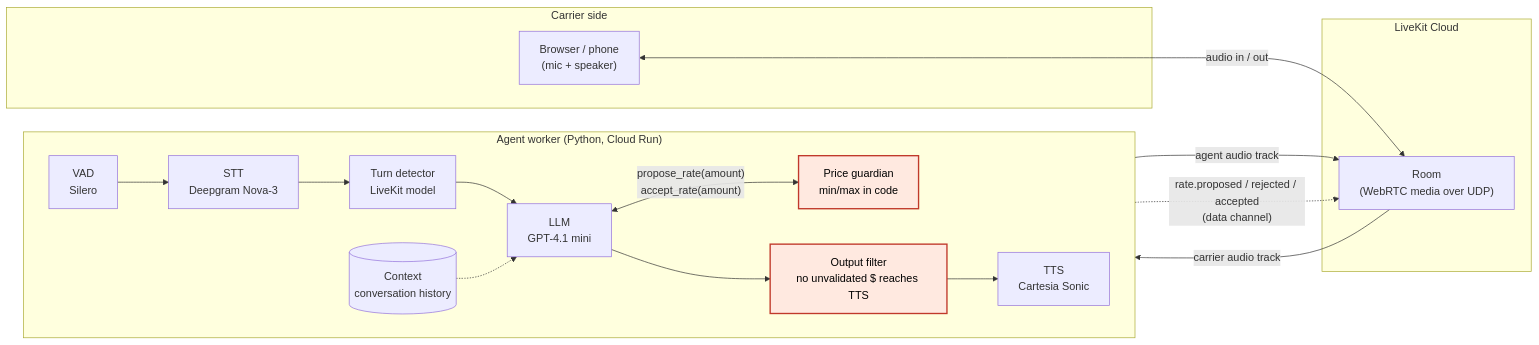
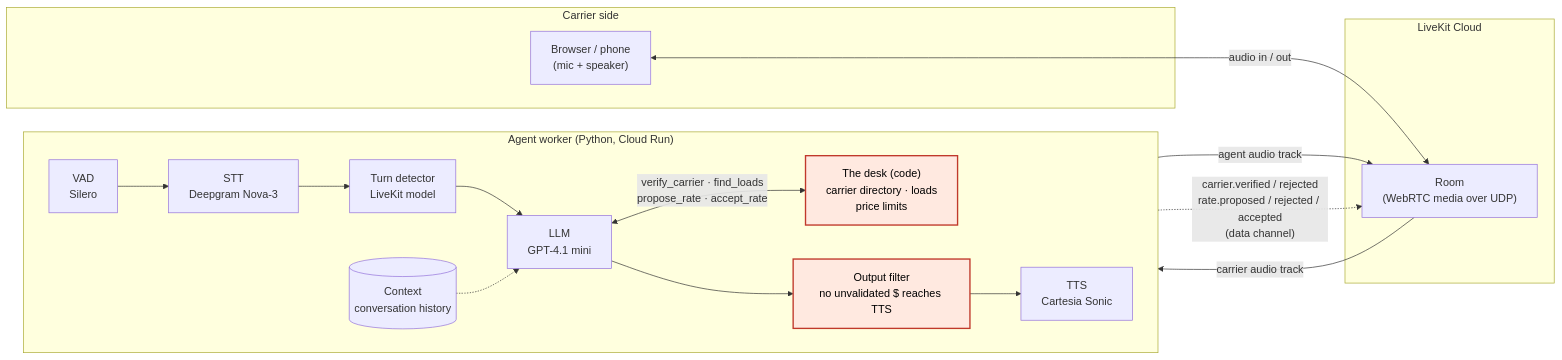
Before and after one commit to JSebastianIEU/voice-freight-negotiator: the first of 4 diagrams in docs/architecture.md, drawn with Mermaid. The commit also changed other lines of this file and 6 other files, not shown here.

First line of the commit message:
docs: ADR-007, verify the caller in code before any rate

````diff
--- a/docs/architecture.md
+++ b/docs/architecture.md
@@ -31,29 +31,29 @@
 ```mermaid
 flowchart LR
     subgraph client["Carrier side"]
         B["Browser / phone<br/>(mic + speaker)"]
     end
 
     subgraph lk["LiveKit Cloud"]
         R["Room<br/>(WebRTC media over UDP)"]
     end
 
     subgraph worker["Agent worker (Python, Cloud Run)"]
         direction LR
         VAD["VAD<br/>Silero"] --> STT["STT<br/>Deepgram Nova-3"]
         STT --> TD["Turn detector<br/>LiveKit model"]
         TD --> LLM["LLM<br/>GPT-4.1 mini"]
-        LLM <-->|"propose_rate(amount)<br/>accept_rate(amount)"| PG["Price guardian<br/>min/max in code"]
+        LLM <-->|"verify_carrier · find_loads<br/>propose_rate · accept_rate"| PG["The desk (code)<br/>carrier directory · loads<br/>price limits"]
         LLM --> OF["Output filter<br/>no unvalidated $ reaches TTS"]
         OF --> TTS["TTS<br/>Cartesia Sonic"]
         CTX[("Context<br/>conversation history")] -.-> LLM
     end
 
     B <-->|"audio in / out"| R
     R -->|"carrier audio track"| VAD
     TTS -->|"agent audio track"| R
-    PG -.->|"rate.proposed / rejected / accepted<br/>(data channel)"| R
+    PG -.->|"carrier.verified / rejected<br/>rate.proposed / rejected / accepted<br/>(data channel)"| R
 
     classDef guard fill:#ffe9e0,stroke:#c0392b,stroke-width:2px,color:#000;
     class PG,OF guard;
 ```
````
